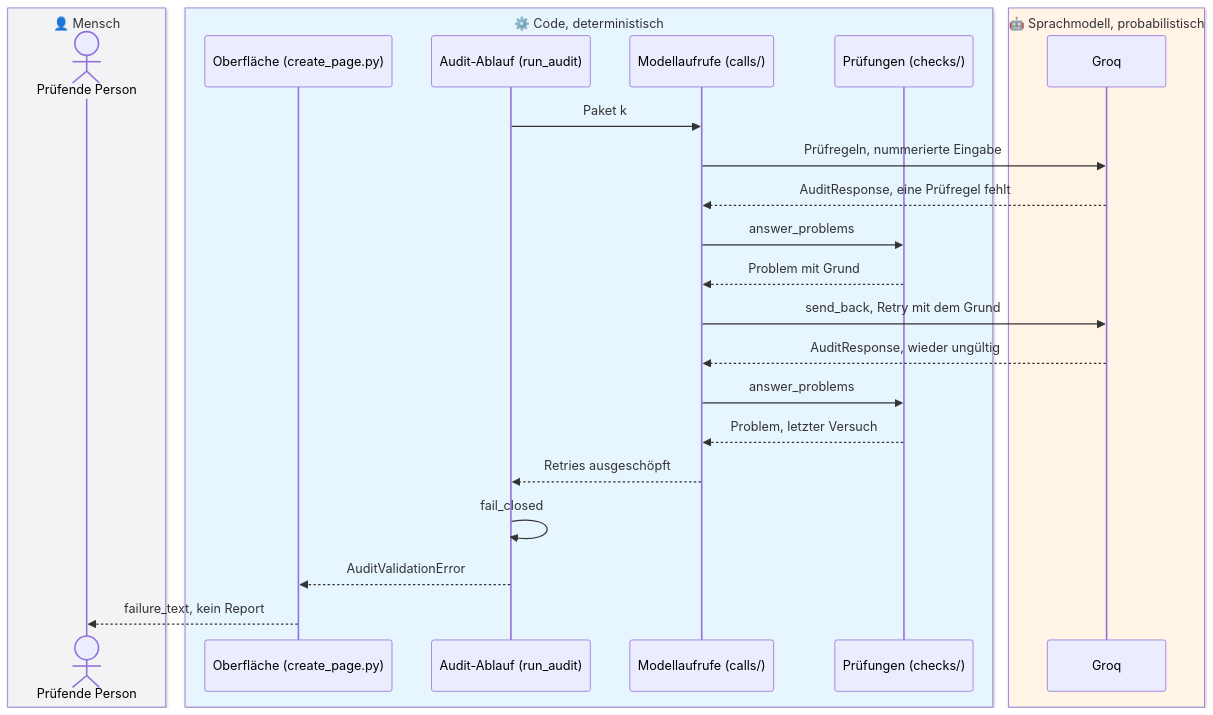
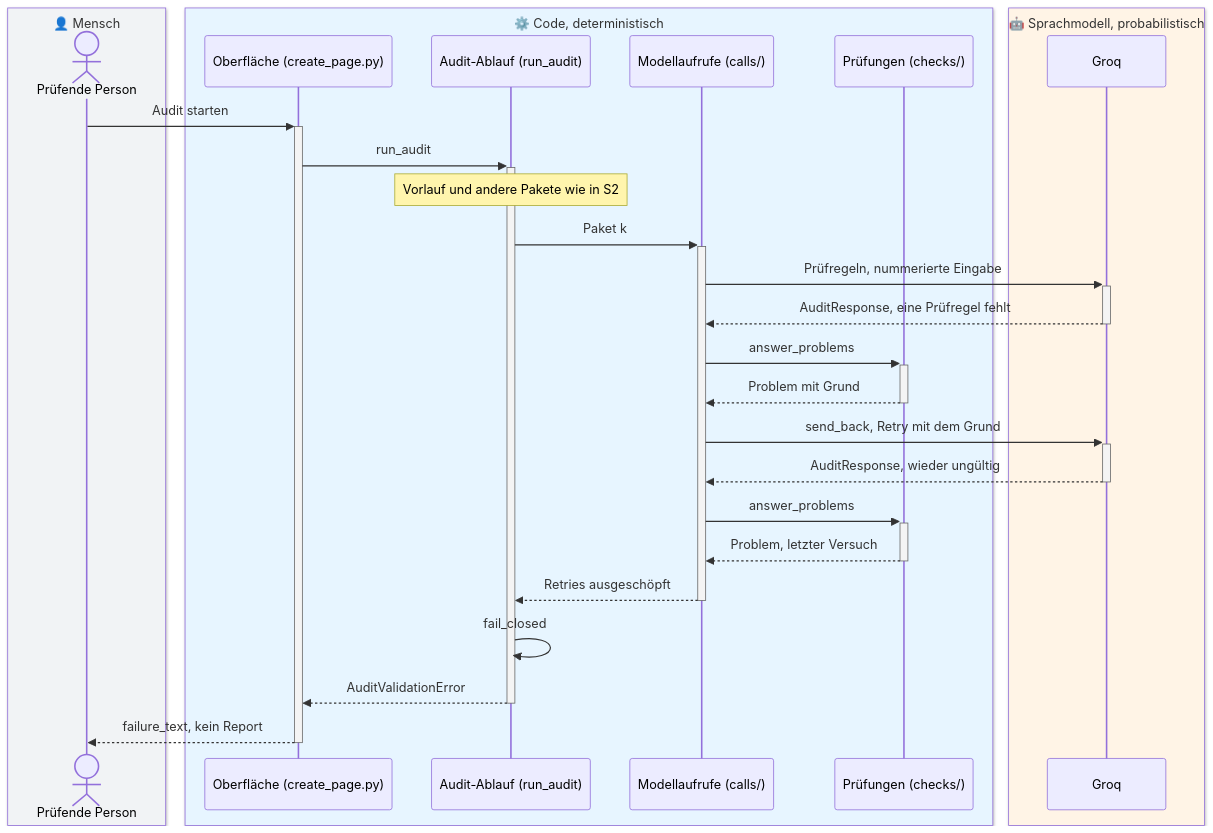
One commit to Daniel74/GovGuard changed diagram 20 of 25 in docs/ARCHITECTURE.md. Above: the diagram before and after it, drawn with Mermaid. The commit also changed other lines of this file and 8 other files, not shown here.

Commit message:
#73 Architecture - second version

````diff
--- a/docs/ARCHITECTURE.md
+++ b/docs/ARCHITECTURE.md
@@ -1462,28 +1993,31 @@
 ```mermaid
 sequenceDiagram
   box rgb(241,243,245) 👤 Mensch
     actor P as Prüfende Person
   end
   box rgb(231,245,255) ⚙️ Code, deterministisch
     participant UI as Oberfläche (create_page.py)
     participant AE as Audit-Ablauf (run_audit)
     participant MC as Modellaufrufe (calls/)
     participant CH as Prüfungen (checks/)
   end
   box rgb(255,244,230) 🤖 Sprachmodell, probabilistisch
     participant M as Groq
   end
-  AE->>MC: Paket k
-  MC->>M: Prüfregeln, nummerierte Eingabe
-  M-->>MC: AuditResponse, eine Prüfregel fehlt
-  MC->>CH: answer_problems
-  CH-->>MC: Problem mit Grund
-  MC->>M: send_back, Retry mit dem Grund
-  M-->>MC: AuditResponse, wieder ungültig
-  MC->>CH: answer_problems
-  CH-->>MC: Problem, letzter Versuch
-  MC-->>AE: Retries ausgeschöpft
+  P->>+UI: Audit starten
+  UI->>+AE: run_audit
+  Note over AE: Vorlauf und andere Pakete wie in S2
+  AE->>+MC: Paket k
+  MC->>+M: Prüfregeln, nummerierte Eingabe
+  M-->>-MC: AuditResponse, eine Prüfregel fehlt
+  MC->>+CH: answer_problems
+  CH-->>-MC: Problem mit Grund
+  MC->>+M: send_back, Retry mit dem Grund
+  M-->>-MC: AuditResponse, wieder ungültig
+  MC->>+CH: answer_problems
+  CH-->>-MC: Problem, letzter Versuch
+  MC-->>-AE: Retries ausgeschöpft
   AE->>AE: fail_closed
-  AE-->>UI: AuditValidationError
-  UI-->>P: failure_text, kein Report
+  AE-->>-UI: AuditValidationError
+  UI-->>-P: failure_text, kein Report
 ```
````
